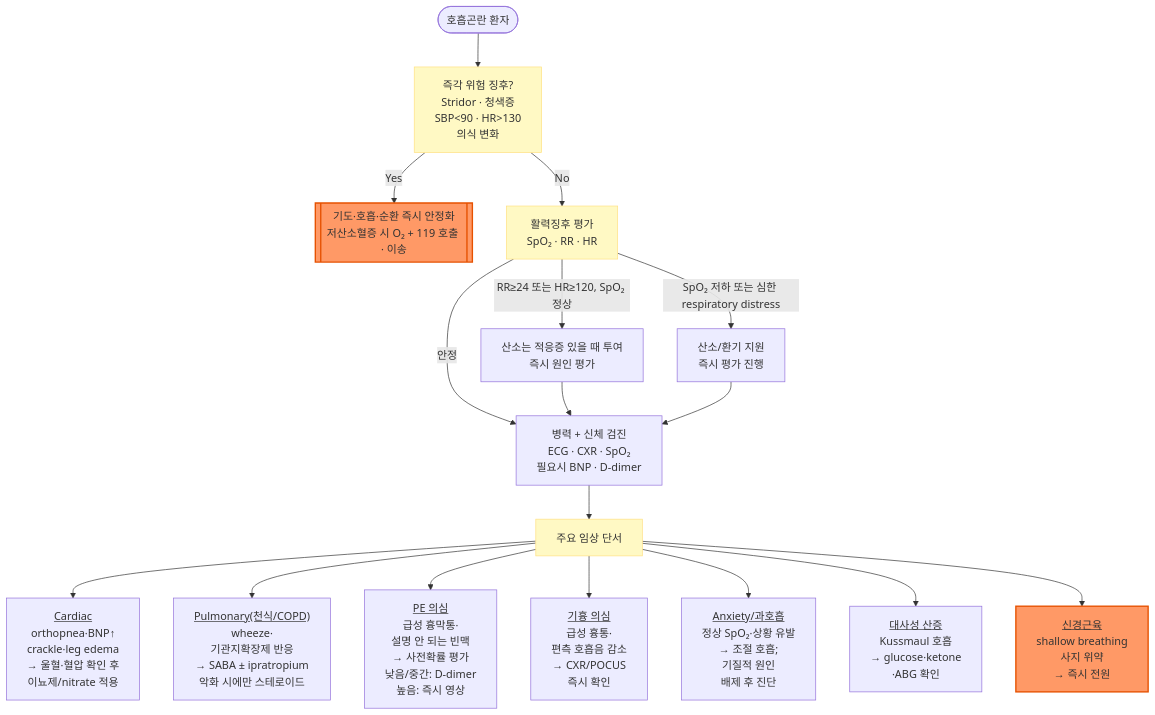
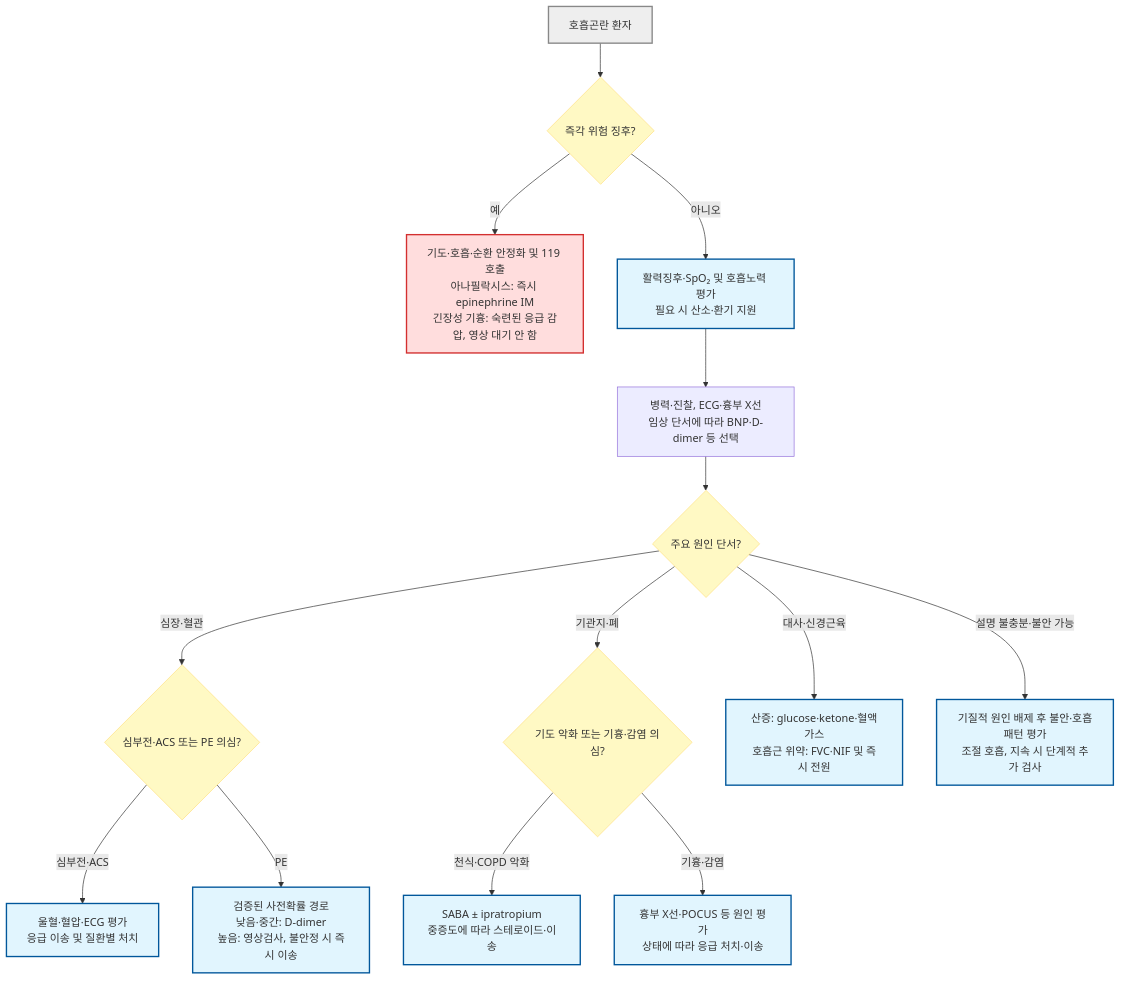
One commit to familyoh77/familyoh77 changed the diagram in 220_/007_-dyspnea.md. Above: the diagram before and after it, drawn with Mermaid. The commit also changed other lines of this file and 13 other files, not shown here.

````diff
--- a/220_/007_-dyspnea.md
+++ b/220_/007_-dyspnea.md
@@ -249,24 +250,22 @@
 ```mermaid
-graph TD
-    A([호흡곤란 환자]) --> B["즉각 위험 징후?<br/>Stridor · 청색증<br/>SBP<90 · HR>130<br/>의식 변화"]
-    B -->|Yes| C[["기도·호흡·순환 즉시 안정화<br/>저산소혈증 시 O₂ + 119 호출 · 이송"]]
-    B -->|No| D["활력징후 평가<br/>SpO₂ · RR · HR"]
-    D -->|SpO₂ 저하 또는 심한 respiratory distress| E["산소/환기 지원<br/>즉시 평가 진행"]
-    D -->|RR≥24 또는 HR≥120, SpO₂ 정상| M["산소는 적응증 있을 때 투여<br/>즉시 원인 평가"]
-    D -->|안정| F["병력 + 신체 검진<br/>ECG · CXR · SpO₂<br/>필요시 BNP · D-dimer"]
-    M --> F
-    E --> F
-    F --> G[주요 임상 단서]
-    G --> H["<u>Cardiac</u><br/>orthopnea·BNP↑<br/>crackle·leg edema<br/>→ 울혈·혈압 확인 후<br/>이뇨제/nitrate 적용"]
-    G --> I["<u>Pulmonary(천식/COPD)</u><br/>wheeze·<br/>기관지확장제 반응<br/>→ SABA ± ipratropium<br/>악화 시에만 스테로이드"]
-    G --> J["<u>PE 의심</u><br/>급성 흉막통·<br/>설명 안 되는 빈맥<br/>→ 사전확률 평가<br/>낮음/중간: D-dimer<br/>높음: 즉시 영상"]
-    G --> N["<u>기흉 의심</u><br/>급성 흉통·<br/>편측 호흡음 감소<br/>→ CXR/POCUS <br/>즉시 확인"]
-    G --> K1["<u>Anxiety/과호흡</u><br/>정상 SpO₂·상황 유발<br/>→ 조절 호흡;<br/> 기질적 원인<br/>배제 후 진단"]
-    G --> K2["<u>대사성 산증</u><br/>Kussmaul 호흡<br/>→ glucose·ketone<br/>·ABG 확인"]
-    G --> L["<u>신경근육</u><br/>shallow breathing<br/>사지 위약<br/>→ 즉시 전원"]
-    style C fill:#f96,stroke:#e65100,stroke-width:2px
-    style L fill:#f96,stroke:#e65100,stroke-width:2px
-
-classDef yellow fill:#fff9c4,stroke:#ffe082
-class B,D,G yellow
+flowchart TD
+    A["호흡곤란 환자"] --> B{"즉각 위험 징후?"}
+    B -- "예" --> C["기도·호흡·순환 안정화 및 119 호출<br>아나필락시스: 즉시 epinephrine IM<br>긴장성 기흉: 숙련된 응급 감압, 영상 대기 안 함"]
+    B -- "아니오" --> D["활력징후·SpO₂ 및 호흡노력 평가<br>필요 시 산소·환기 지원"]
+    D --> F["병력·진찰, ECG·흉부 X선<br>임상 단서에 따라 BNP·D-dimer 등 선택"]
+    F --> G{"주요 원인 단서?"}
+    G -- "심장·혈관" --> H{"심부전·ACS 또는 PE 의심?"}
+    H -- "심부전·ACS" --> H2["울혈·혈압·ECG 평가<br>응급 이송 및 질환별 처치"]
+    H -- "PE" --> J["검증된 사전확률 경로<br>낮음·중간: D-dimer<br>높음: 영상검사, 불안정 시 즉시 이송"]
+    G -- "기관지·폐" --> I{"기도 악화 또는 기흉·감염 의심?"}
+    I -- "천식·COPD 악화" --> I2["SABA ± ipratropium<br>중증도에 따라 스테로이드·이송"]
+    I -- "기흉·감염" --> N["흉부 X선·POCUS 등 원인 평가<br>상태에 따라 응급 처치·이송"]
+    G -- "대사·신경근육" --> K["산증: glucose·ketone·혈액가스<br>호흡근 위약: FVC·NIF 및 즉시 전원"]
+    G -- "설명 불충분·불안 가능" --> L["기질적 원인 배제 후 불안·호흡패턴 평가<br>조절 호흡, 지속 시 단계적 추가 검사"]
+    classDef question fill:#fff9c4,stroke:#ffe082
+    classDef treatment fill:#e1f5fe,stroke:#01579b,stroke-width:2px
+    class B,G,H,I question
+    class D,H2,J,I2,N,K,L treatment
+    style C fill:#ffdddd,stroke:#d32f2f,stroke-width:2px
+    style A fill:#eeeeee,stroke:#888888,stroke-width:2px
 ```
````
